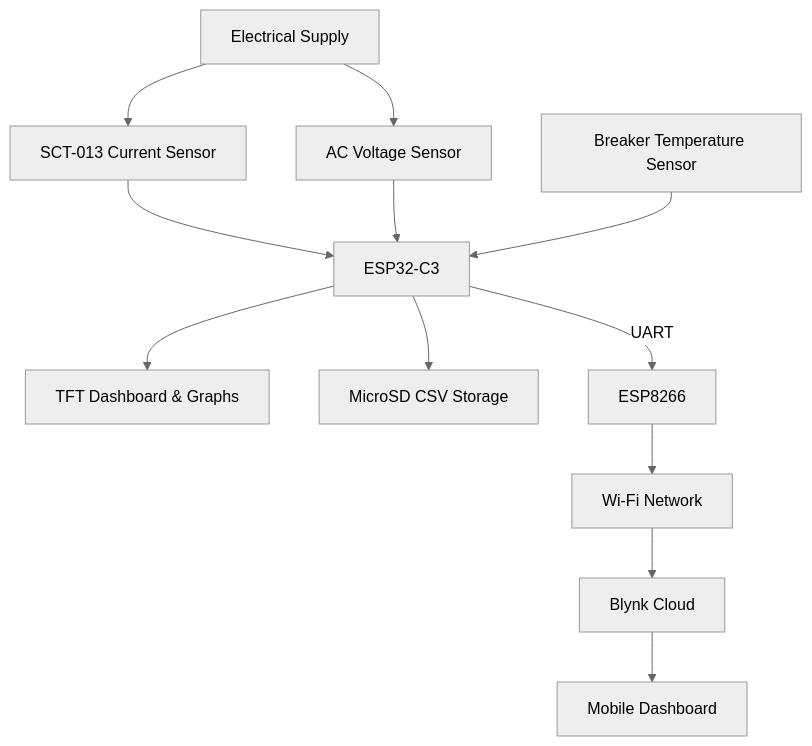
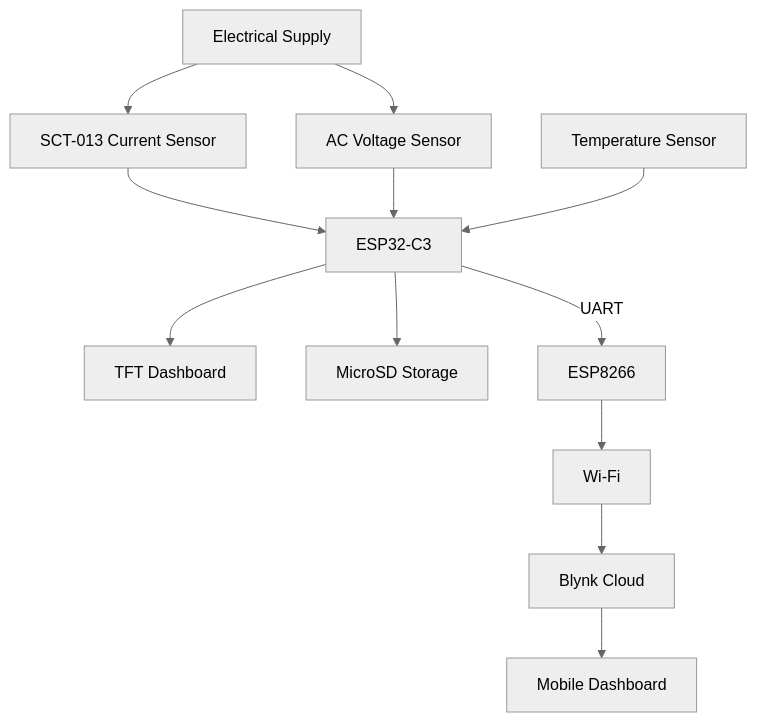
One commit to Willowwilson78-hub/ESP32_Power_Monitor changed the first of 3 diagrams in README.md. Above: the diagram before and after it, drawn with Mermaid (neutral theme). The commit also changed other lines of this file, not shown here.

````diff
--- a/README.md
+++ b/README.md
@@ -70,26 +71,26 @@
 ```mermaid
 flowchart TD
 
 A[Electrical Supply]
 
 A --> B[SCT-013 Current Sensor]
 A --> C[AC Voltage Sensor]
 
-T[Breaker Temperature Sensor]
+T[Temperature Sensor]
 
-B --> D[ESP32-C3]
-C --> D
-T --> D
+B --> MCU[ESP32-C3]
+C --> MCU
+T --> MCU
 
-D --> TFT[TFT Dashboard & Graphs]
+MCU --> TFT[TFT Dashboard]
 
-D --> SD[MicroSD CSV Storage]
+MCU --> SD[MicroSD Storage]
 
-D -->|UART| E[ESP8266]
+MCU -->|UART| ESP[ESP8266]
 
-E --> WIFI[Wi-Fi Network]
+ESP --> WIFI[Wi-Fi]
 
-WIFI --> BLYNK[Blynk Cloud]
+WIFI --> CLOUD[Blynk Cloud]
 
-BLYNK --> APP[Mobile Dashboard]
+CLOUD --> USER[Mobile Dashboard]
 ```
````
